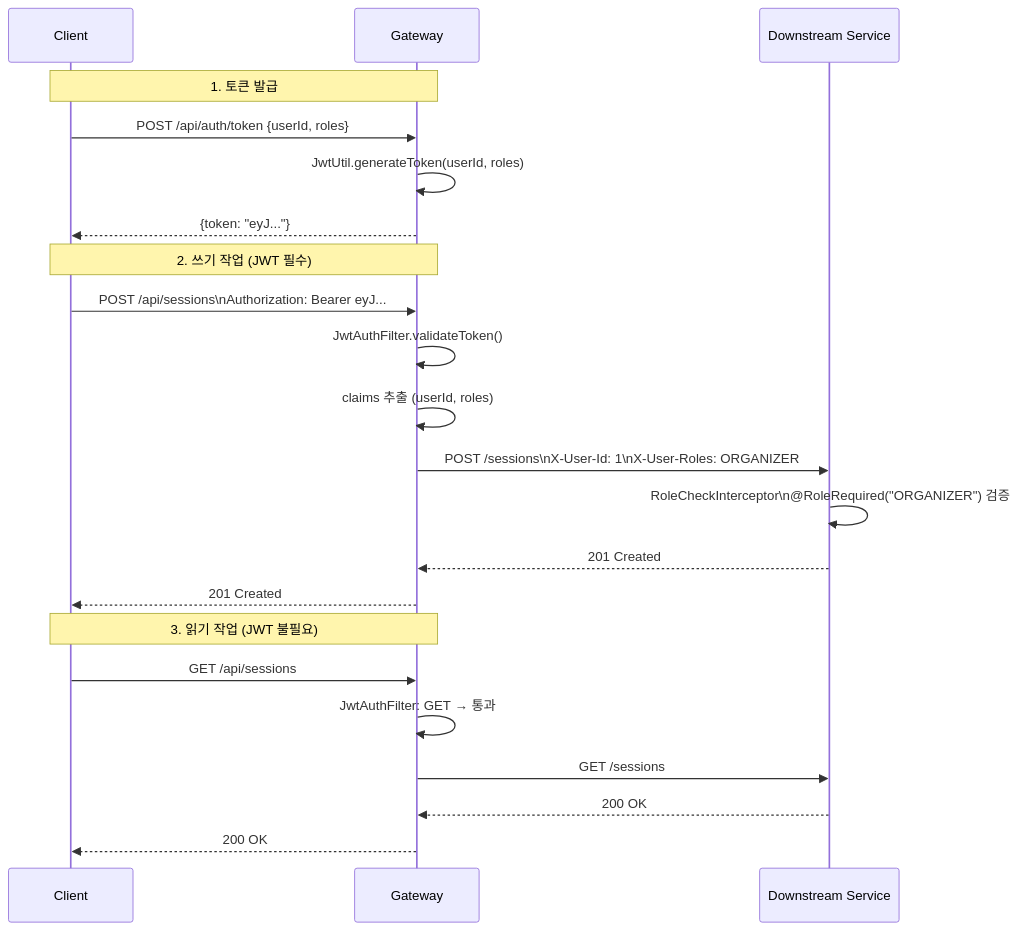
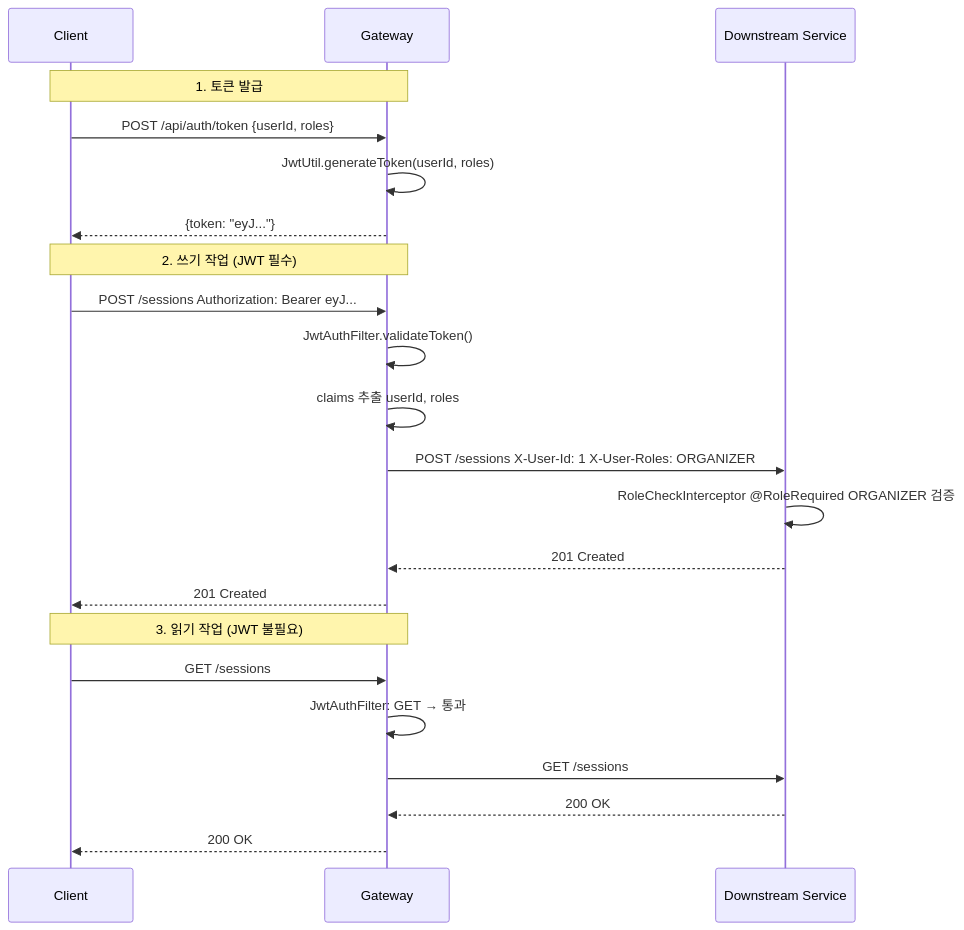
The seventh of 23 diagrams in docs/ARCHITECTURE.md (janghoesoo1/pact-conference-demo-phase1), drawn with Mermaid before and after one commit. The commit also changed other lines of this file and 6 other files, not shown here.

````diff
--- a/docs/ARCHITECTURE.md
+++ b/docs/ARCHITECTURE.md
@@ -490,27 +482,27 @@
 ```mermaid
 sequenceDiagram
     participant C as Client
     participant GW as Gateway
     participant DS as Downstream Service
 
     Note over C,GW: 1. 토큰 발급
     C->>GW: POST /api/auth/token {userId, roles}
     GW->>GW: JwtUtil.generateToken(userId, roles)
     GW-->>C: {token: "eyJ..."}
 
     Note over C,GW: 2. 쓰기 작업 (JWT 필수)
-    C->>GW: POST /api/sessions\nAuthorization: Bearer eyJ...
+    C->>GW: POST /sessions Authorization: Bearer eyJ...
     GW->>GW: JwtAuthFilter.validateToken()
-    GW->>GW: claims 추출 (userId, roles)
-    GW->>DS: POST /sessions\nX-User-Id: 1\nX-User-Roles: ORGANIZER
-    DS->>DS: RoleCheckInterceptor\n@RoleRequired("ORGANIZER") 검증
+    GW->>GW: claims 추출 userId, roles
+    GW->>DS: POST /sessions X-User-Id: 1 X-User-Roles: ORGANIZER
+    DS->>DS: RoleCheckInterceptor @RoleRequired ORGANIZER 검증
     DS-->>GW: 201 Created
     GW-->>C: 201 Created
 
     Note over C,GW: 3. 읽기 작업 (JWT 불필요)
-    C->>GW: GET /api/sessions
+    C->>GW: GET /sessions
     GW->>GW: JwtAuthFilter: GET → 통과
     GW->>DS: GET /sessions
     DS-->>GW: 200 OK
     GW-->>C: 200 OK
 ```
````
